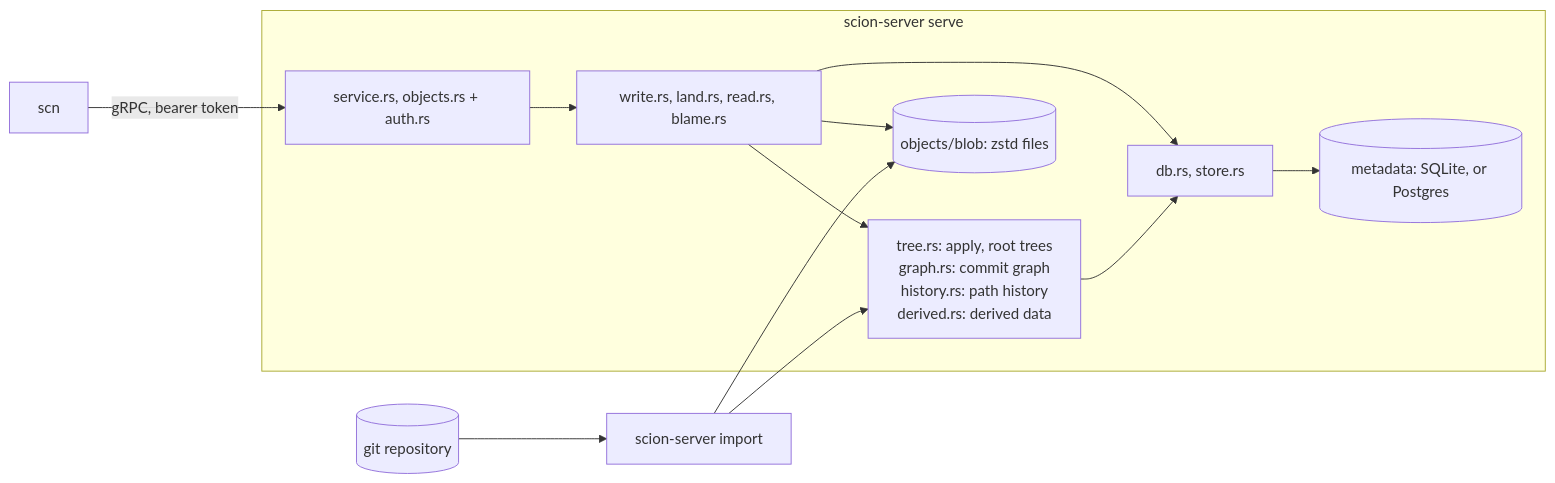
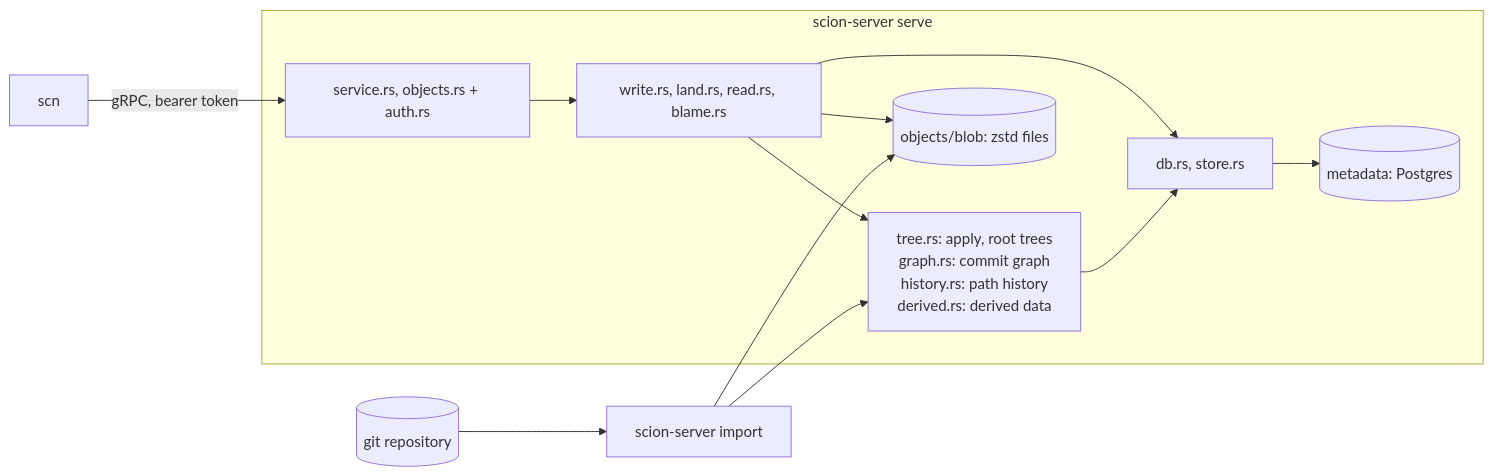
The first of 4 diagrams in docs/architecture.md (bnsd55/openscion), drawn with Mermaid before and after one commit. The commit also changed other lines of this file and 15 other files, not shown here.

First line of the commit message:
docs: Postgres is the metadata store (#706)

````diff
--- a/docs/architecture.md
+++ b/docs/architecture.md
@@ -24,15 +24,15 @@
 ```mermaid
 flowchart LR
     scn["scn"] -->|"gRPC, bearer token"| svc
     subgraph serve["scion-server serve"]
         svc["service.rs, objects.rs + auth.rs"] --> ops["write.rs, land.rs, read.rs, blame.rs"]
         ops --> tree["tree.rs: apply, root trees<br/>graph.rs: commit graph<br/>history.rs: path history<br/>derived.rs: derived data"]
         ops --> db["db.rs, store.rs"]
         tree --> db
-        db --> sqlite[("metadata: SQLite, or Postgres")]
+        db --> pg[("metadata: Postgres")]
         ops --> blobs[("objects/blob: zstd files")]
     end
     git[("git repository")] --> imp["scion-server import"]
     imp --> tree
     imp --> blobs
 ```
````
